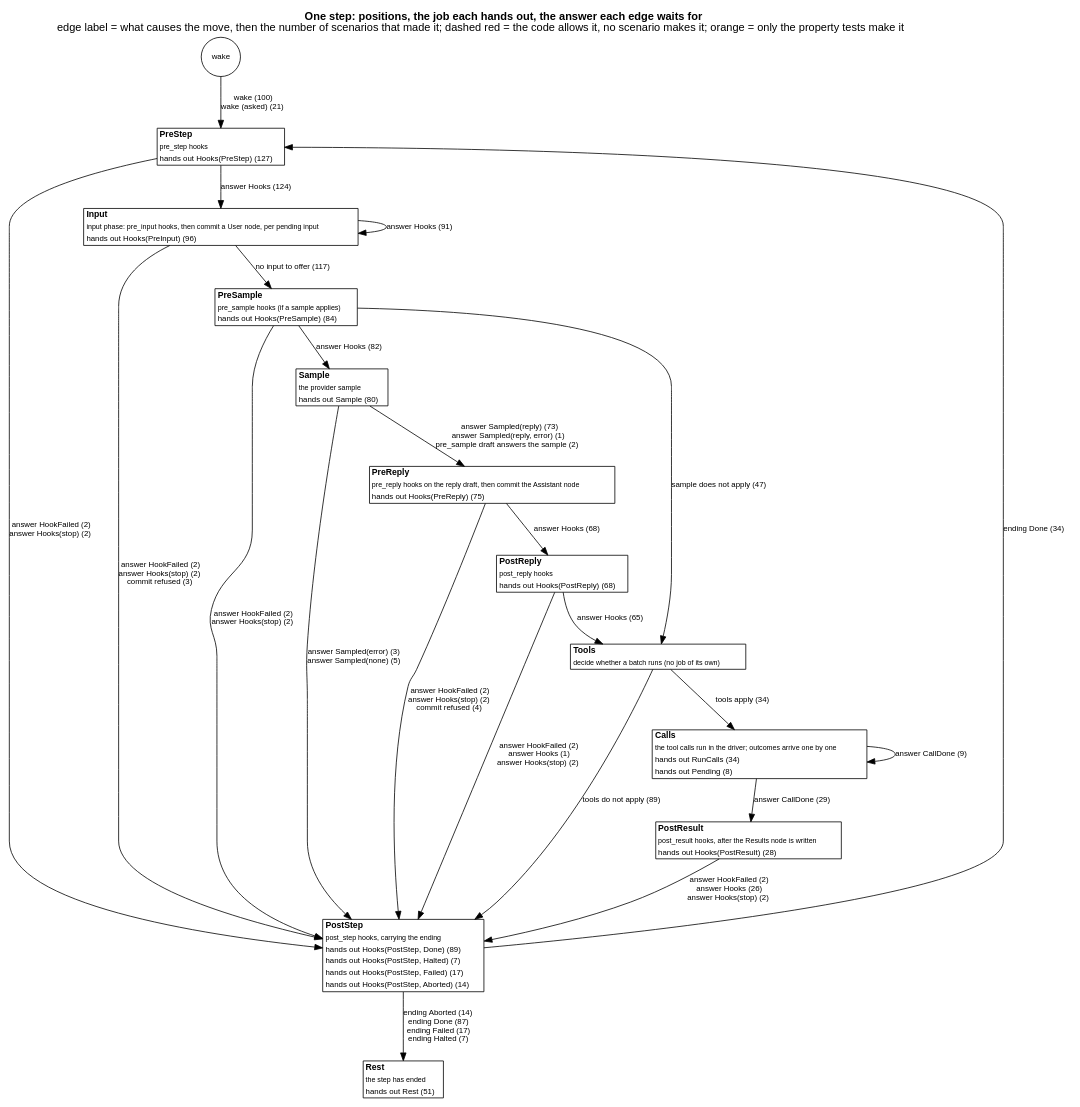
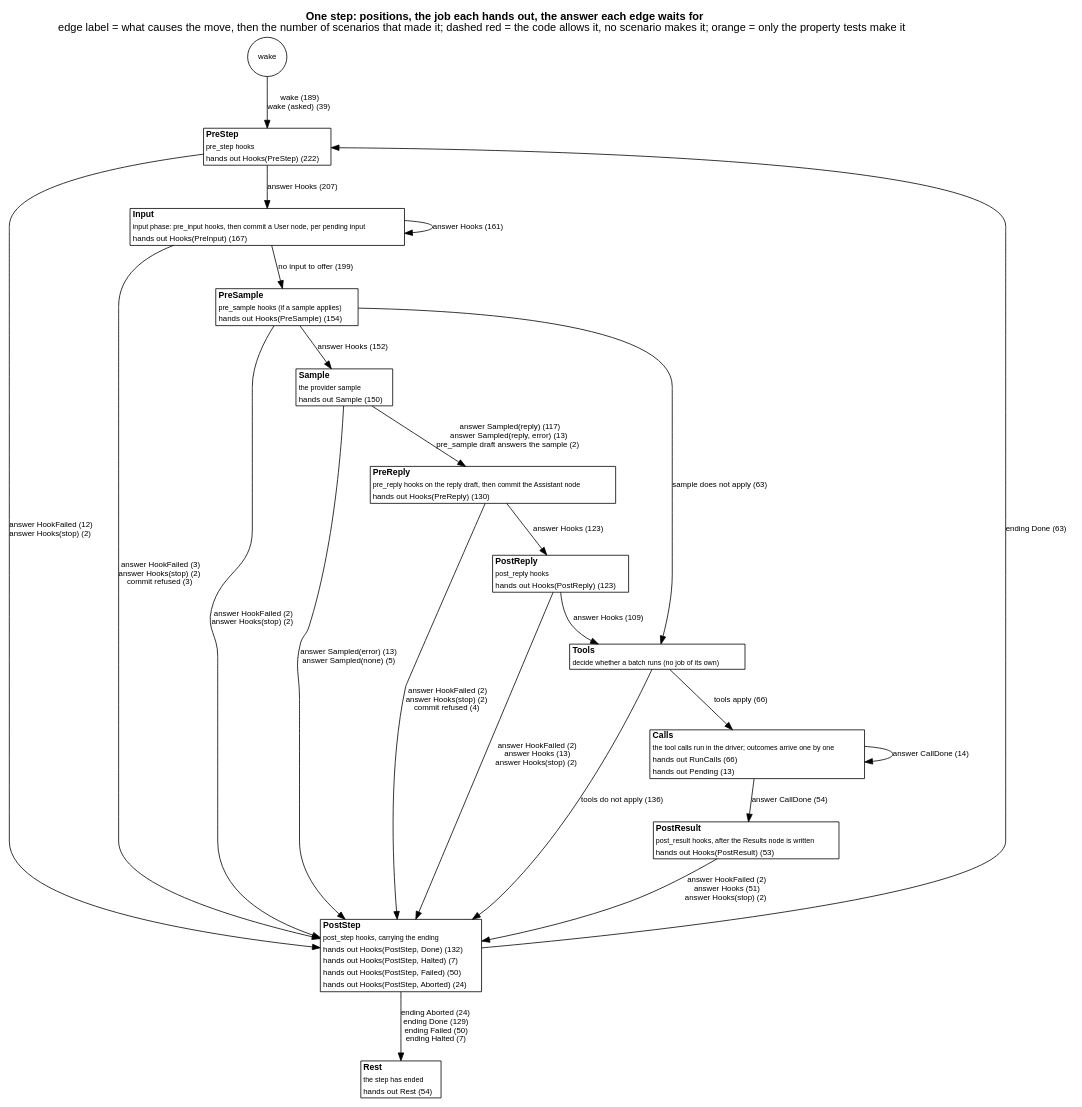
One commit to jmccardle/tau changed the diagram in docs/as-built/diagrams/step-positions.dot. Above: the diagram before and after it, drawn with Graphviz. The commit also changed 6 other files, not shown here.

First line of the commit message:
CI: diagrams find Part in tree/part.rs; the full-disk test no longer corrupts coverage

```diff
--- a/docs/as-built/diagrams/step-positions.dot
+++ b/docs/as-built/diagrams/step-positions.dot
@@ -1,40 +1,40 @@
 // Generated by scripts/diagrams.sh from the test suites' transitions. Do not edit.
 digraph step_positions {
   graph [rankdir=TB, fontname="Helvetica", nodesep=0.5, ranksep=0.6, labelloc=t, label=<<b>One step: positions, the job each hands out, the answer each edge waits for</b><br/>edge label = what causes the move, then the number of scenarios that made it; dashed red = the code allows it, no scenario makes it; orange = only the property tests make it>];
   node [shape=plain, fontname="Helvetica", fontsize=11];
   edge [fontname="Helvetica", fontsize=10];
   "(wake)" [shape=circle, label="wake", fontsize=10];
-  "PreStep" [label=<<table border="1" cellborder="0" cellspacing="0" bgcolor="white"><tr><td align="left"><b>PreStep</b></td></tr><tr><td align="left"><font point-size="9">pre_step hooks</font></td></tr><tr><td align="left"><font color="black" point-size="10">hands out Hooks(PreStep) (127)</font></td></tr></table>>];
-  "Input" [label=<<table border="1" cellborder="0" cellspacing="0" bgcolor="white"><tr><td align="left"><b>Input</b></td></tr><tr><td align="left"><font point-size="9">input phase: pre_input hooks, then commit a User node, per pending input</font></td></tr><tr><td align="left"><font color="black" point-size="10">hands out Hooks(PreInput) (96)</font></td></tr></table>>];
-  "PreSample" [label=<<table border="1" cellborder="0" cellspacing="0" bgcolor="white"><tr><td align="left"><b>PreSample</b></td></tr><tr><td align="left"><font point-size="9">pre_sample hooks (if a sample applies)</font></td></tr><tr><td align="left"><font color="black" point-size="10">hands out Hooks(PreSample) (84)</font></td></tr></table>>];
-  "Sample" [label=<<table border="1" cellborder="0" cellspacing="0" bgcolor="white"><tr><td align="left"><b>Sample</b></td></tr><tr><td align="left"><font point-size="9">the provider sample</font></td></tr><tr><td align="left"><font color="black" point-size="10">hands out Sample (80)</font></td></tr></table>>];
-  "PreReply" [label=<<table border="1" cellborder="0" cellspacing="0" bgcolor="white"><tr><td align="left"><b>PreReply</b></td></tr><tr><td align="left"><font point-size="9">pre_reply hooks on the reply draft, then commit the Assistant node</font></td></tr><tr><td align="left"><font color="black" point-size="10">hands out Hooks(PreReply) (75)</font></td></tr></table>>];
-  "PostReply" [label=<<table border="1" cellborder="0" cellspacing="0" bgcolor="white"><tr><td align="left"><b>PostReply</b></td></tr><tr><td align="left"><font point-size="9">post_reply hooks</font></td></tr><tr><td align="left"><font color="black" point-size="10">hands out Hooks(PostReply) (68)</font></td></tr></table>>];
+  "PreStep" [label=<<table border="1" cellborder="0" cellspacing="0" bgcolor="white"><tr><td align="left"><b>PreStep</b></td></tr><tr><td align="left"><font point-size="9">pre_step hooks</font></td></tr><tr><td align="left"><font color="black" point-size="10">hands out Hooks(PreStep) (222)</font></td></tr></table>>];
+  "Input" [label=<<table border="1" cellborder="0" cellspacing="0" bgcolor="white"><tr><td align="left"><b>Input</b></td></tr><tr><td align="left"><font point-size="9">input phase: pre_input hooks, then commit a User node, per pending input</font></td></tr><tr><td align="left"><font color="black" point-size="10">hands out Hooks(PreInput) (167)</font></td></tr></table>>];
+  "PreSample" [label=<<table border="1" cellborder="0" cellspacing="0" bgcolor="white"><tr><td align="left"><b>PreSample</b></td></tr><tr><td align="left"><font point-size="9">pre_sample hooks (if a sample applies)</font></td></tr><tr><td align="left"><font color="black" point-size="10">hands out Hooks(PreSample) (154)</font></td></tr></table>>];
+  "Sample" [label=<<table border="1" cellborder="0" cellspacing="0" bgcolor="white"><tr><td align="left"><b>Sample</b></td></tr><tr><td align="left"><font point-size="9">the provider sample</font></td></tr><tr><td align="left"><font color="black" point-size="10">hands out Sample (150)</font></td></tr></table>>];
+  "PreReply" [label=<<table border="1" cellborder="0" cellspacing="0" bgcolor="white"><tr><td align="left"><b>PreReply</b></td></tr><tr><td align="left"><font point-size="9">pre_reply hooks on the reply draft, then commit the Assistant node</font></td></tr><tr><td align="left"><font color="black" point-size="10">hands out Hooks(PreReply) (130)</font></td></tr></table>>];
+  "PostReply" [label=<<table border="1" cellborder="0" cellspacing="0" bgcolor="white"><tr><td align="left"><b>PostReply</b></td></tr><tr><td align="left"><font point-size="9">post_reply hooks</font></td></tr><tr><td align="left"><font color="black" point-size="10">hands out Hooks(PostReply) (123)</font></td></tr></table>>];
   "Tools" [label=<<table border="1" cellborder="0" cellspacing="0" bgcolor="white"><tr><td align="left"><b>Tools</b></td></tr><tr><td align="left"><font point-size="9">decide whether a batch runs (no job of its own)</font></td></tr></table>>];
-  "Calls" [label=<<table border="1" cellborder="0" cellspacing="0" bgcolor="white"><tr><td align="left"><b>Calls</b></td></tr><tr><td align="left"><font point-size="9">the tool calls run in the driver; outcomes arrive one by one</font></td></tr><tr><td align="left"><font color="black" point-size="10">hands out RunCalls (34)</font></td></tr><tr><td align="left"><font color="black" point-size="10">hands out Pending (8)</font></td></tr></table>>];
-  "PostResult" [label=<<table border="1" cellborder="0" cellspacing="0" bgcolor="white"><tr><td align="left"><b>PostResult</b></td></tr><tr><td align="left"><font point-size="9">post_result hooks, after the Results node is written</font></td></tr><tr><td align="left"><font color="black" point-size="10">hands out Hooks(PostResult) (28)</font></td></tr></table>>];
-  "PostStep" [label=<<table border="1" cellborder="0" cellspacing="0" bgcolor="white"><tr><td align="left"><b>PostStep</b></td></tr><tr><td align="left"><font point-size="9">post_step hooks, carrying the ending</font></td></tr><tr><td align="left"><font color="black" point-size="10">hands out Hooks(PostStep, Done) (89)</font></td></tr><tr><td align="left"><font color="black" point-size="10">hands out Hooks(PostStep, Halted) (7)</font></td></tr><tr><td align="left"><font color="black" point-size="10">hands out Hooks(PostStep, Failed) (17)</font></td></tr><tr><td align="left"><font color="black" point-size="10">hands out Hooks(PostStep, Aborted) (14)</font></td></tr></table>>];
-  "Rest" [label=<<table border="1" cellborder="0" cellspacing="0" bgcolor="white"><tr><td align="left"><b>Rest</b></td></tr><tr><td align="left"><font point-size="9">the step has ended</font></td></tr><tr><td align="left"><font color="black" point-size="10">hands out Rest (51)</font></td></tr></table>>];
-  "(wake)" -> "PreStep" [label=<wake (100)<br/>wake (asked) (21)>, color="black", style=solid];
-  "Calls" -> "Calls" [label=<answer CallDone (9)>, color="black", style=solid];
-  "Calls" -> "PostResult" [label=<answer CallDone (29)>, color="black", style=solid];
-  "Input" -> "Input" [label=<answer Hooks (91)>, color="black", style=solid];
-  "Input" -> "PostStep" [label=<answer HookFailed (2)<br/>answer Hooks(stop) (2)<br/>commit refused (3)>, color="black", style=solid];
-  "Input" -> "PreSample" [label=<no input to offer (117)>, color="black", style=solid];
-  "PostReply" -> "PostStep" [label=<answer HookFailed (2)<br/>answer Hooks (1)<br/>answer Hooks(stop) (2)>, color="black", style=solid];
-  "PostReply" -> "Tools" [label=<answer Hooks (65)>, color="black", style=solid];
-  "PostResult" -> "PostStep" [label=<answer HookFailed (2)<br/>answer Hooks (26)<br/>answer Hooks(stop) (2)>, color="black", style=solid];
-  "PostStep" -> "PreStep" [label=<ending Done (34)>, color="black", style=solid];
-  "PostStep" -> "Rest" [label=<ending Aborted (14)<br/>ending Done (87)<br/>ending Failed (17)<br/>ending Halted (7)>, color="black", style=solid];
-  "PreReply" -> "PostReply" [label=<answer Hooks (68)>, color="black", style=solid];
+  "Calls" [label=<<table border="1" cellborder="0" cellspacing="0" bgcolor="white"><tr><td align="left"><b>Calls</b></td></tr><tr><td align="left"><font point-size="9">the tool calls run in the driver; outcomes arrive one by one</font></td></tr><tr><td align="left"><font color="black" point-size="10">hands out RunCalls (66)</font></td></tr><tr><td align="left"><font color="black" point-size="10">hands out Pending (13)</font></td></tr></table>>];
+  "PostResult" [label=<<table border="1" cellborder="0" cellspacing="0" bgcolor="white"><tr><td align="left"><b>PostResult</b></td></tr><tr><td align="left"><font point-size="9">post_result hooks, after the Results node is written</font></td></tr><tr><td align="left"><font color="black" point-size="10">hands out Hooks(PostResult) (53)</font></td></tr></table>>];
+  "PostStep" [label=<<table border="1" cellborder="0" cellspacing="0" bgcolor="white"><tr><td align="left"><b>PostStep</b></td></tr><tr><td align="left"><font point-size="9">post_step hooks, carrying the ending</font></td></tr><tr><td align="left"><font color="black" point-size="10">hands out Hooks(PostStep, Done) (132)</font></td></tr><tr><td align="left"><font color="black" point-size="10">hands out Hooks(PostStep, Halted) (7)</font></td></tr><tr><td align="left"><font color="black" point-size="10">hands out Hooks(PostStep, Failed) (50)</font></td></tr><tr><td align="left"><font color="black" point-size="10">hands out Hooks(PostStep, Aborted) (24)</font></td></tr></table>>];
+  "Rest" [label=<<table border="1" cellborder="0" cellspacing="0" bgcolor="white"><tr><td align="left"><b>Rest</b></td></tr><tr><td align="left"><font point-size="9">the step has ended</font></td></tr><tr><td align="left"><font color="black" point-size="10">hands out Rest (54)</font></td></tr></table>>];
+  "(wake)" -> "PreStep" [label=<wake (189)<br/>wake (asked) (39)>, color="black", style=solid];
+  "Calls" -> "Calls" [label=<answer CallDone (14)>, color="black", style=solid];
+  "Calls" -> "PostResult" [label=<answer CallDone (54)>, color="black", style=solid];
+  "Input" -> "Input" [label=<answer Hooks (161)>, color="black", style=solid];
+  "Input" -> "PostStep" [label=<answer HookFailed (3)<br/>answer Hooks(stop) (2)<br/>commit refused (3)>, color="black", style=solid];
+  "Input" -> "PreSample" [label=<no input to offer (199)>, color="black", style=solid];
+  "PostReply" -> "PostStep" [label=<answer HookFailed (2)<br/>answer Hooks (13)<br/>answer Hooks(stop) (2)>, color="black", style=solid];
+  "PostReply" -> "Tools" [label=<answer Hooks (109)>, color="black", style=solid];
+  "PostResult" -> "PostStep" [label=<answer HookFailed (2)<br/>answer Hooks (51)<br/>answer Hooks(stop) (2)>, color="black", style=solid];
+  "PostStep" -> "PreStep" [label=<ending Done (63)>, color="black", style=solid];
+  "PostStep" -> "Rest" [label=<ending Aborted (24)<br/>ending Done (129)<br/>ending Failed (50)<br/>ending Halted (7)>, color="black", style=solid];
+  "PreReply" -> "PostReply" [label=<answer Hooks (123)>, color="black", style=solid];
   "PreReply" -> "PostStep" [label=<answer HookFailed (2)<br/>answer Hooks(stop) (2)<br/>commit refused (4)>, color="black", style=solid];
   "PreSample" -> "PostStep" [label=<answer HookFailed (2)<br/>answer Hooks(stop) (2)>, color="black", style=solid];
-  "PreSample" -> "Sample" [label=<answer Hooks (82)>, color="black", style=solid];
-  "PreSample" -> "Tools" [label=<sample does not apply (47)>, color="black", style=solid];
-  "PreStep" -> "Input" [label=<answer Hooks (124)>, color="black", style=solid];
-  "PreStep" -> "PostStep" [label=<answer HookFailed (2)<br/>answer Hooks(stop) (2)>, color="black", style=solid];
-  "Sample" -> "PostStep" [label=<answer Sampled(error) (3)<br/>answer Sampled(none) (5)>, color="black", style=solid];
-  "Sample" -> "PreReply" [label=<answer Sampled(reply) (73)<br/>answer Sampled(reply, error) (1)<br/>pre_sample draft answers the sample (2)>, color="black", style=solid];
-  "Tools" -> "Calls" [label=<tools apply (34)>, color="black", style=solid];
-  "Tools" -> "PostStep" [label=<tools do not apply (89)>, color="black", style=solid];
+  "PreSample" -> "Sample" [label=<answer Hooks (152)>, color="black", style=solid];
+  "PreSample" -> "Tools" [label=<sample does not apply (63)>, color="black", style=solid];
+  "PreStep" -> "Input" [label=<answer Hooks (207)>, color="black", style=solid];
+  "PreStep" -> "PostStep" [label=<answer HookFailed (12)<br/>answer Hooks(stop) (2)>, color="black", style=solid];
+  "Sample" -> "PostStep" [label=<answer Sampled(error) (13)<br/>answer Sampled(none) (5)>, color="black", style=solid];
+  "Sample" -> "PreReply" [label=<answer Sampled(reply) (117)<br/>answer Sampled(reply, error) (13)<br/>pre_sample draft answers the sample (2)>, color="black", style=solid];
+  "Tools" -> "Calls" [label=<tools apply (66)>, color="black", style=solid];
+  "Tools" -> "PostStep" [label=<tools do not apply (136)>, color="black", style=solid];
 }
```
